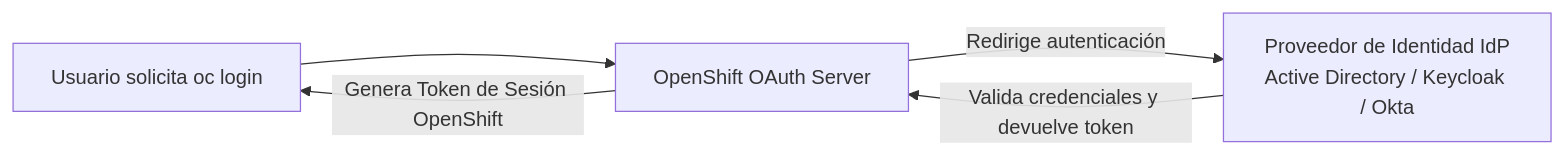
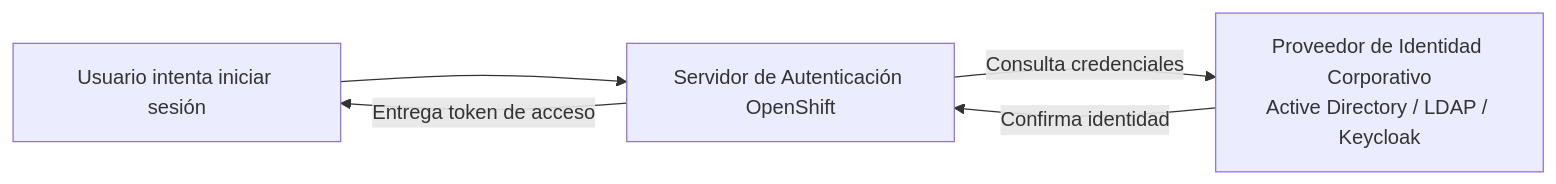
Before and after one commit to ieftraining/curso-openshift: the sixth of 7 diagrams in docs/sesion4/4.1 Proyectos y permisos.md, drawn with Mermaid. The commit also changed other lines of this file, not shown here.

````diff
--- a/docs/sesion4/4.1 Proyectos y permisos.md
+++ b/docs/sesion4/4.1 Proyectos y permisos.md
@@ -251,7 +179,7 @@
 ```mermaid
 flowchart LR
-    A[Usuario solicita oc login] --> B[OpenShift OAuth Server]
-    B -->|Redirige autenticación| C[Proveedor de Identidad IdP<br>Active Directory / Keycloak / Okta]
-    C -->|Valida credenciales y devuelve token| B
-    B -->|Genera Token de Sesión OpenShift| A
+    A[Usuario intenta iniciar sesión] --> B[Servidor de Autenticación OpenShift]
+    B -->|Consulta credenciales| C[Proveedor de Identidad Corporativo<br>Active Directory / LDAP / Keycloak]
+    C -->|Confirma identidad| B
+    B -->|Entrega token de acceso| A
 ```
````
